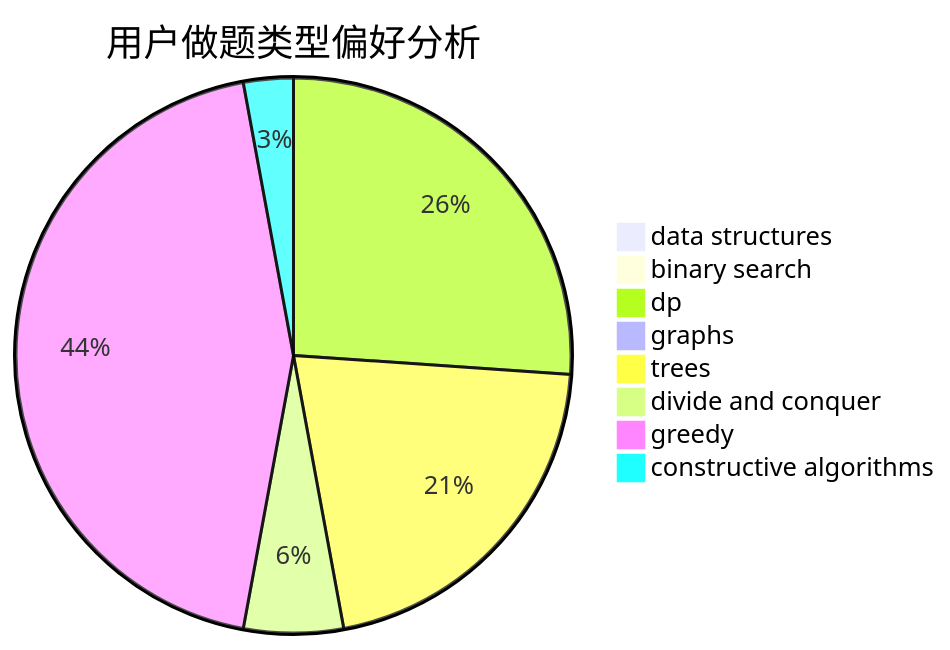
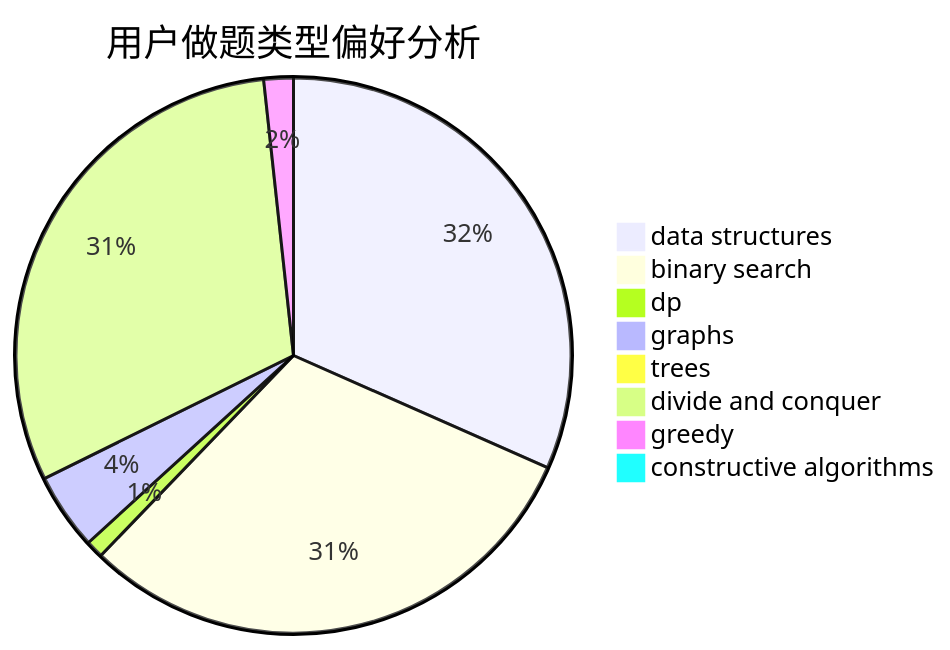
The second of 3 diagrams in docs/user/u1381.md (sherpahu/cfrs.github.io), drawn with Mermaid before and after one commit. The commit also changed other lines of this file and 2770 other files, not shown here.

````diff
--- a/docs/user/u1381.md
+++ b/docs/user/u1381.md
@@ -23,11 +23,11 @@
 ```mermaid
 pie title 用户做题类型偏好分析
-    "data structures" :  0
-    "binary search" :  0
-    "dp" :  36
-    "graphs" :  0
-    "trees" :  29
-    "divide and conquer" :  8
-    "greedy" :  61
-    "constructive algorithms" :  4
+    "data structures" :  92
+    "binary search" :  89
+    "dp" :  3
+    "graphs" :  13
+    "trees" :  0
+    "divide and conquer" :  89
+    "greedy" :  5
+    "constructive algorithms" :  0
 ```
````
